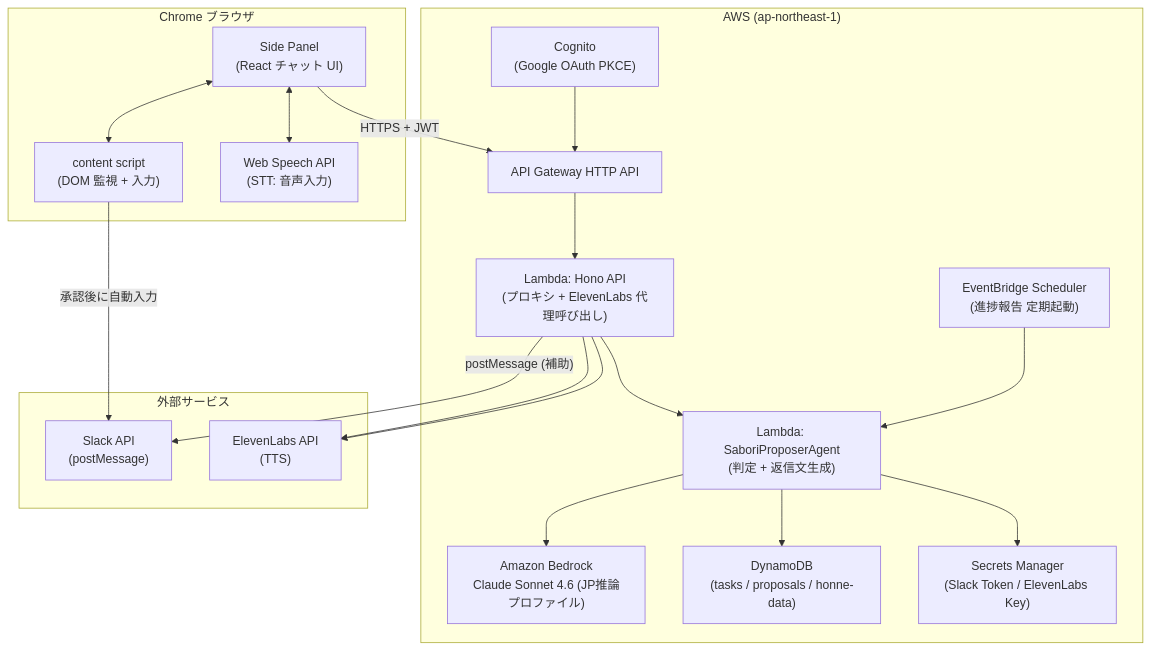
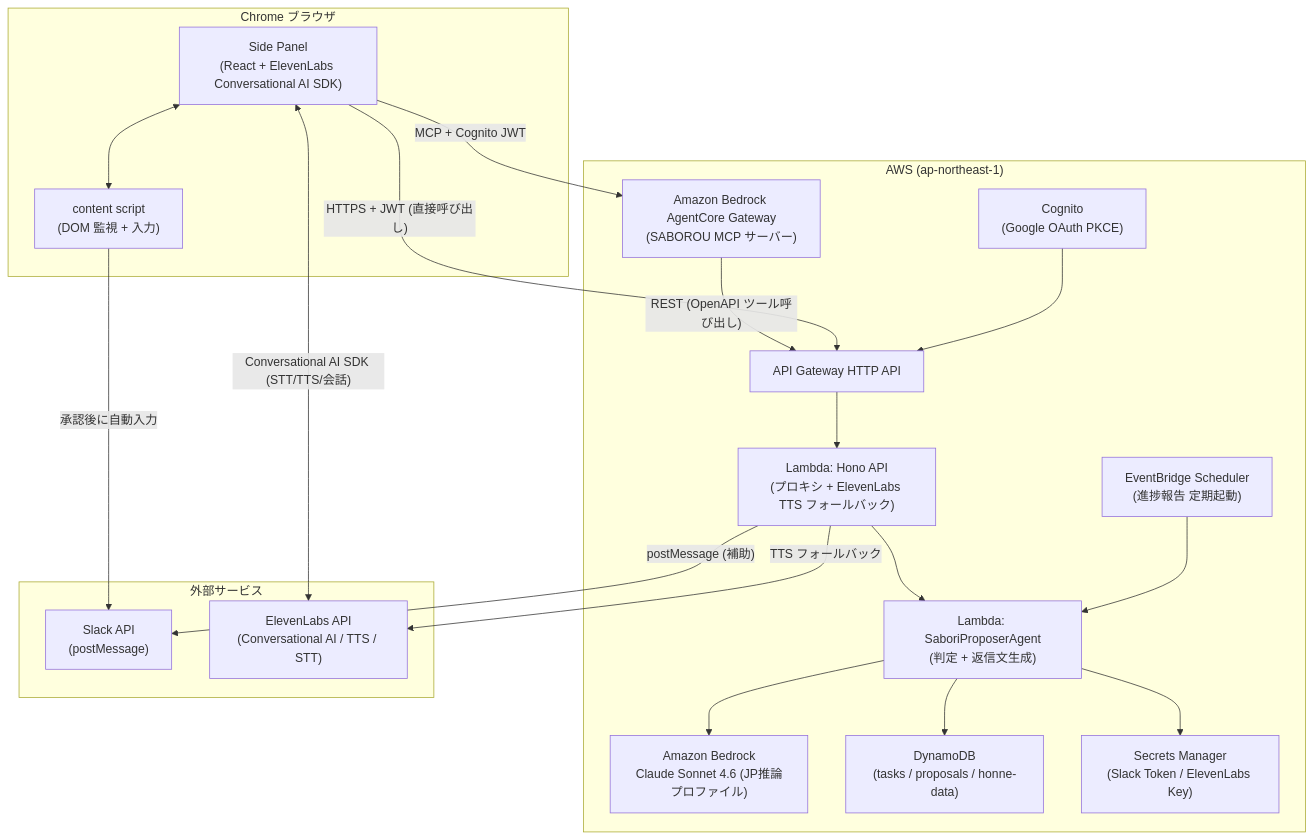
Before and after one commit to mashharuki/AWS-SummitHackathon-2026: the diagram in aidlc-inputs/saborou-v2-brief.md, drawn with Mermaid. The commit also changed other lines of this file, not shown here.

````diff
--- a/aidlc-inputs/saborou-v2-brief.md
+++ b/aidlc-inputs/saborou-v2-brief.md
@@ -284,39 +372,40 @@
 ```mermaid
 graph TD
     subgraph Browser["Chrome ブラウザ"]
-        SP["Side Panel<br/>(React チャット UI)"]
+        SP["Side Panel<br/>(React + ElevenLabs Conversational AI SDK)"]
         CS["content script<br/>(DOM 監視 + 入力)"]
-        WS["Web Speech API<br/>(STT: 音声入力)"]
         SP <--> CS
-        SP <--> WS
     end
 
     subgraph AWS["AWS (ap-northeast-1)"]
+        ACGateway["Amazon Bedrock AgentCore Gateway<br/>(SABOROU MCP サーバー)"]
         APIGW["API Gateway HTTP API"]
-        HonoLambda["Lambda: Hono API<br/>(プロキシ + ElevenLabs 代理呼び出し)"]
+        HonoLambda["Lambda: Hono API<br/>(プロキシ + ElevenLabs TTS フォールバック)"]
         AgentLambda["Lambda: SaboriProposerAgent<br/>(判定 + 返信文生成)"]
         EBScheduler["EventBridge Scheduler<br/>(進捗報告 定期起動)"]
         Bedrock["Amazon Bedrock<br/>Claude Sonnet 4.6 (JP推論プロファイル)"]
         DDB["DynamoDB<br/>(tasks / proposals / honne-data)"]
         SM["Secrets Manager<br/>(Slack Token / ElevenLabs Key)"]
         Cognito["Cognito<br/>(Google OAuth PKCE)"]
     end
 
     subgraph External["外部サービス"]
         Slack["Slack API<br/>(postMessage)"]
-        EL["ElevenLabs API<br/>(TTS)"]
+        EL["ElevenLabs API<br/>(Conversational AI / TTS / STT)"]
     end
 
-    SP -->|"HTTPS + JWT"| APIGW
+    SP -->|"MCP + Cognito JWT"| ACGateway
+    ACGateway -->|"REST (OpenAPI ツール呼び出し)"| APIGW
+    SP -->|"HTTPS + JWT (直接呼び出し)"| APIGW
     APIGW --> HonoLambda
     HonoLambda --> AgentLambda
-    HonoLambda --> EL
+    HonoLambda -->|"TTS フォールバック"| EL
     AgentLambda --> Bedrock
     AgentLambda --> DDB
     AgentLambda --> SM
     CS -->|"承認後に自動入力"| Slack
     HonoLambda -->|"postMessage (補助)"| Slack
     EBScheduler --> AgentLambda
     Cognito --> APIGW
-    HonoLambda --> EL
+    EL <-->|"Conversational AI SDK (STT/TTS/会話)"| SP
 ```
````
